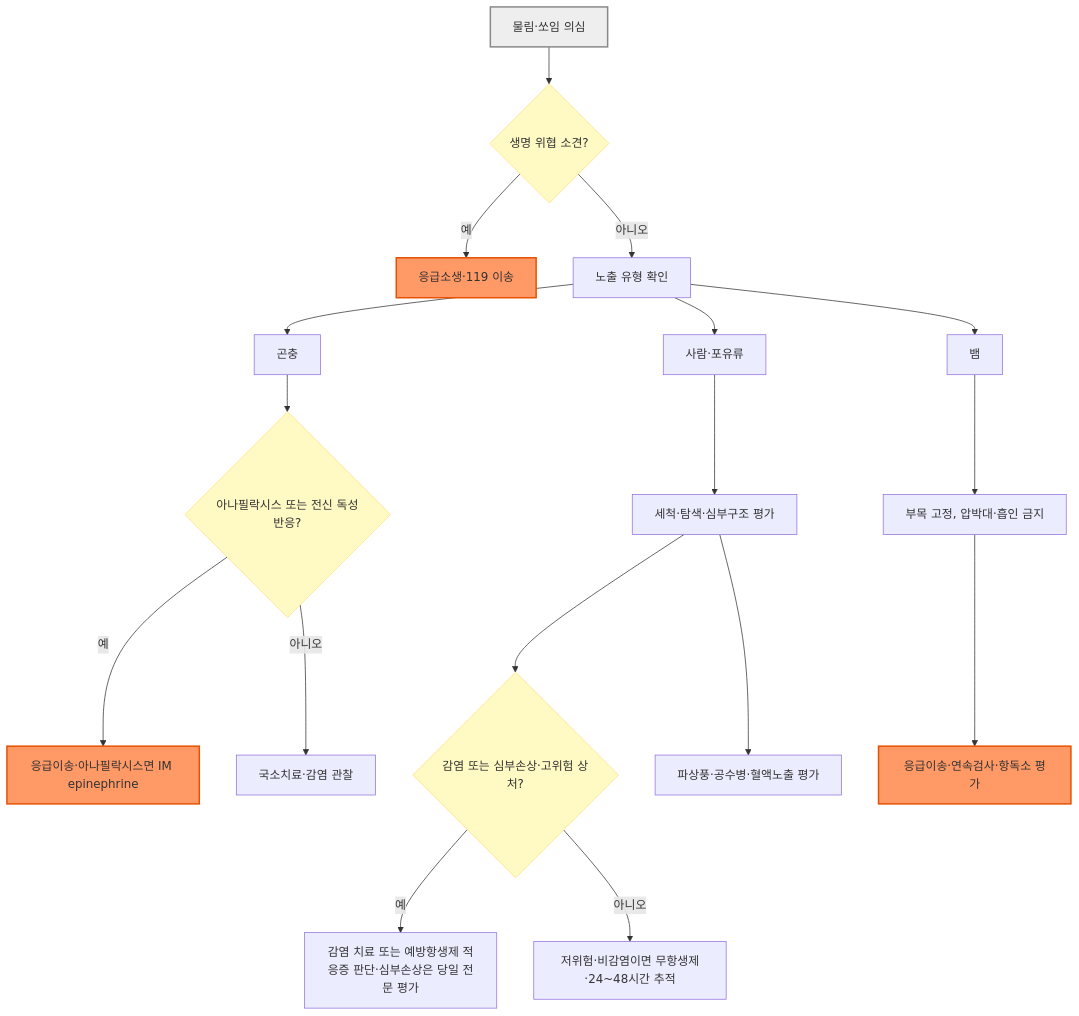
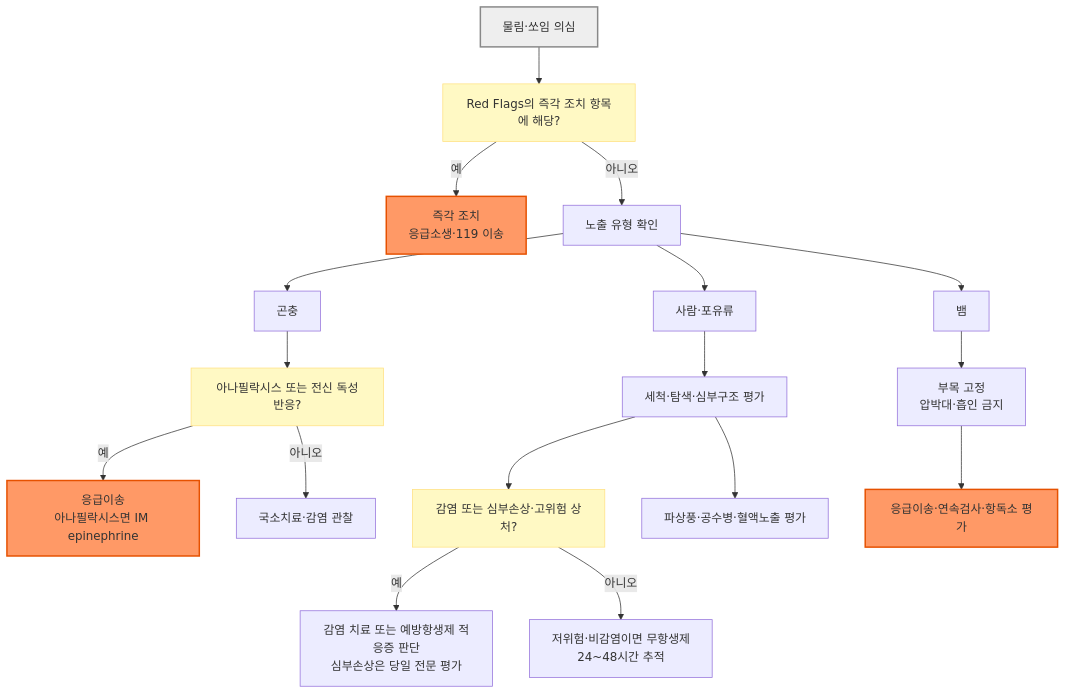
Before and after one commit to familyoh77/familyoh77: the diagram in 230_/204_-bites.md, drawn with Mermaid. The commit also changed other lines of this file and 16 other files, not shown here.

````diff
--- a/230_/204_-bites.md
+++ b/230_/204_-bites.md
@@ -77,29 +77,29 @@
 ```mermaid
 flowchart TD
-    A["물림·쏘임 의심"] --> U{"생명 위협 소견?"}
-    U -->|예| UE["응급소생·119 이송"]
-    U -->|아니오| B["노출 유형 확인"]
+    A["물림·쏘임 의심"] --> U["Red Flags의 즉각 조치 항목에 해당?"]
+    U -- "예" --> UE["즉각 조치<br/>응급소생·119 이송"]
+    U -- "아니오" --> B["노출 유형 확인"]
     B --> I["곤충"]
     B --> M["사람·포유류"]
     B --> S["뱀"]
 
-    I --> IA{"아나필락시스 또는 전신 독성반응?"}
-    IA -->|예| IE["응급이송·아나필락시스면 IM epinephrine"]
-    IA -->|아니오| IL["국소치료·감염 관찰"]
+    I --> IA["아나필락시스 또는 전신 독성반응?"]
+    IA -- "예" --> IE["응급이송<br/>아나필락시스면 IM epinephrine"]
+    IA -- "아니오" --> IL["국소치료·감염 관찰"]
 
     M --> MD["세척·탐색·심부구조 평가"]
-    MD --> MH{"감염 또는 심부손상·고위험 상처?"}
-    MH -->|예| MA["감염 치료 또는 예방항생제 적응증 판단·심부손상은 당일 전문 평가"]
-    MH -->|아니오| MF["저위험·비감염이면 무항생제·24~48시간 추적"]
+    MD --> MH["감염 또는 심부손상·고위험 상처?"]
+    MH -- "예" --> MA["감염 치료 또는 예방항생제 적응증 판단<br/>심부손상은 당일 전문 평가"]
+    MH -- "아니오" --> MF["저위험·비감염이면 무항생제<br/>24~48시간 추적"]
     MD --> MP["파상풍·공수병·혈액노출 평가"]
 
-    S --> SE["부목 고정, 압박대·흡인 금지"]
+    S --> SE["부목 고정<br/>압박대·흡인 금지"]
     SE --> SH["응급이송·연속검사·항독소 평가"]
 
     classDef startNode fill:#eeeeee,stroke:#888888,stroke-width:2px
     classDef question fill:#fff9c4,stroke:#ffe082
     classDef action fill:#f96,stroke:#e65100,stroke-width:2px
     class A startNode
     class U,IA,MH question
     class IE,SH,UE action
 ```
````
